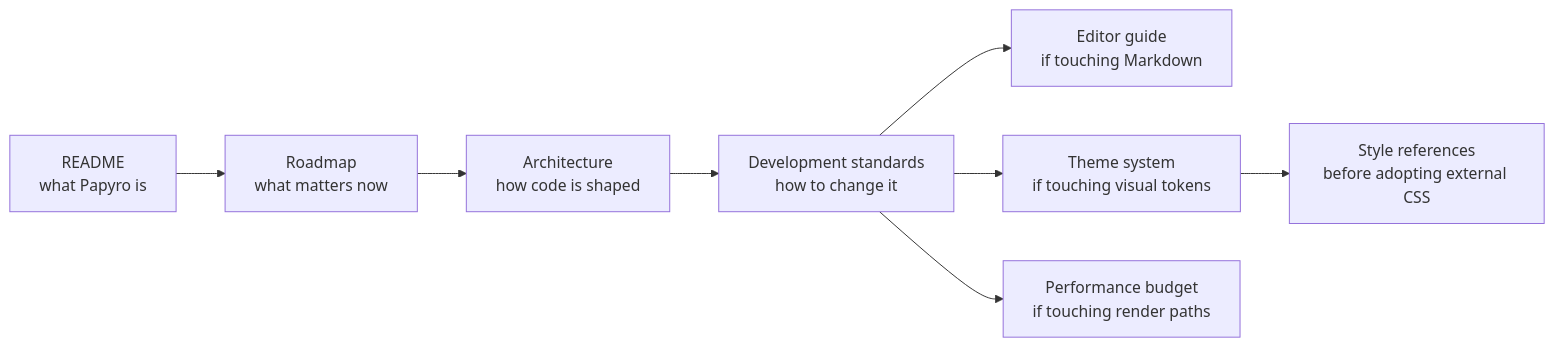
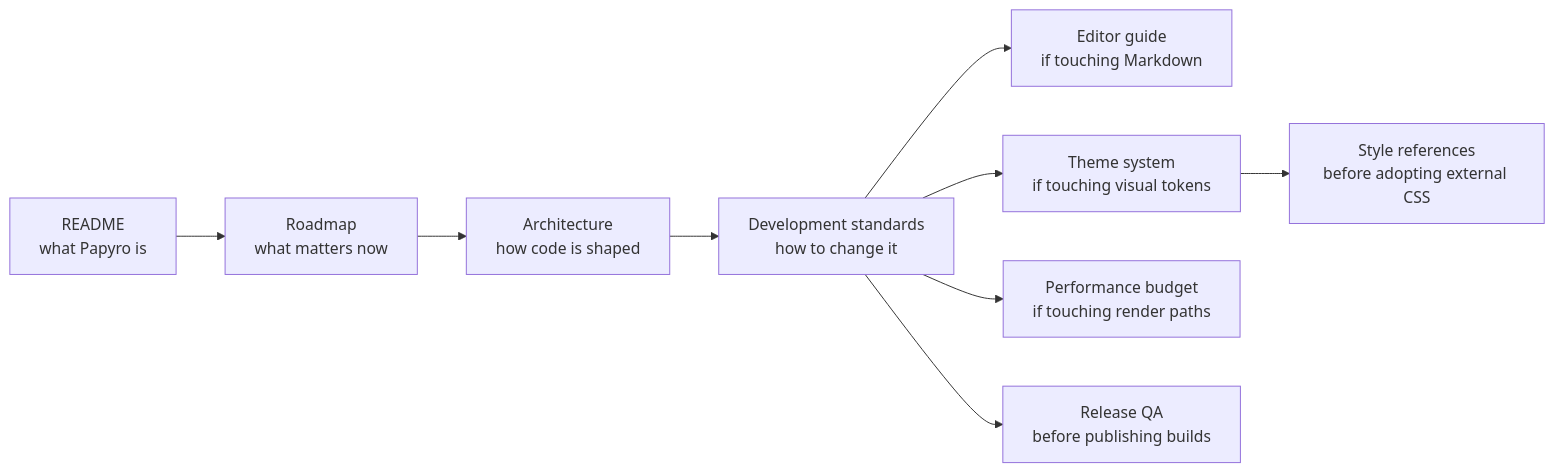
Before and after one commit to Youzi2233/papyro: the diagram in docs/README.md, drawn with Mermaid. The commit also changed other lines of this file and 7 other files, not shown here.

````diff
--- a/docs/README.md
+++ b/docs/README.md
@@ -22,17 +23,19 @@
 ```mermaid
 flowchart LR
     readme["README<br/>what Papyro is"]
     roadmap["Roadmap<br/>what matters now"]
     architecture["Architecture<br/>how code is shaped"]
     development["Development standards<br/>how to change it"]
     editor["Editor guide<br/>if touching Markdown"]
     themes["Theme system<br/>if touching visual tokens"]
     references["Style references<br/>before adopting external CSS"]
     performance["Performance budget<br/>if touching render paths"]
+    release["Release QA<br/>before publishing builds"]
 
     readme --> roadmap --> architecture --> development
     development --> editor
     development --> themes
     themes --> references
     development --> performance
+    development --> release
 ```
````
